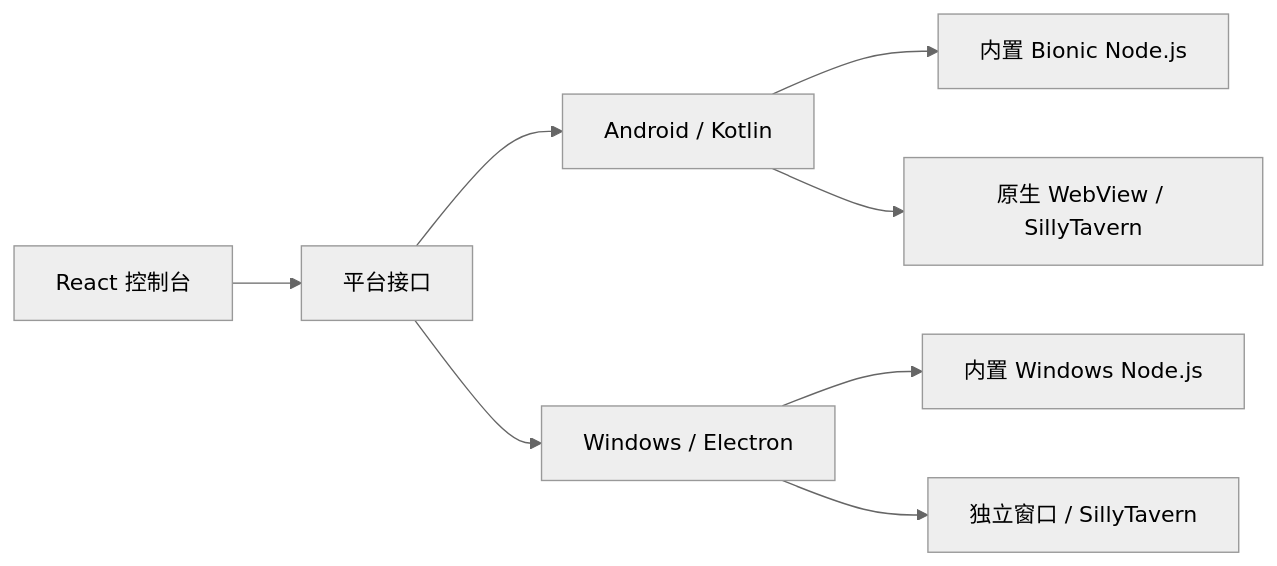
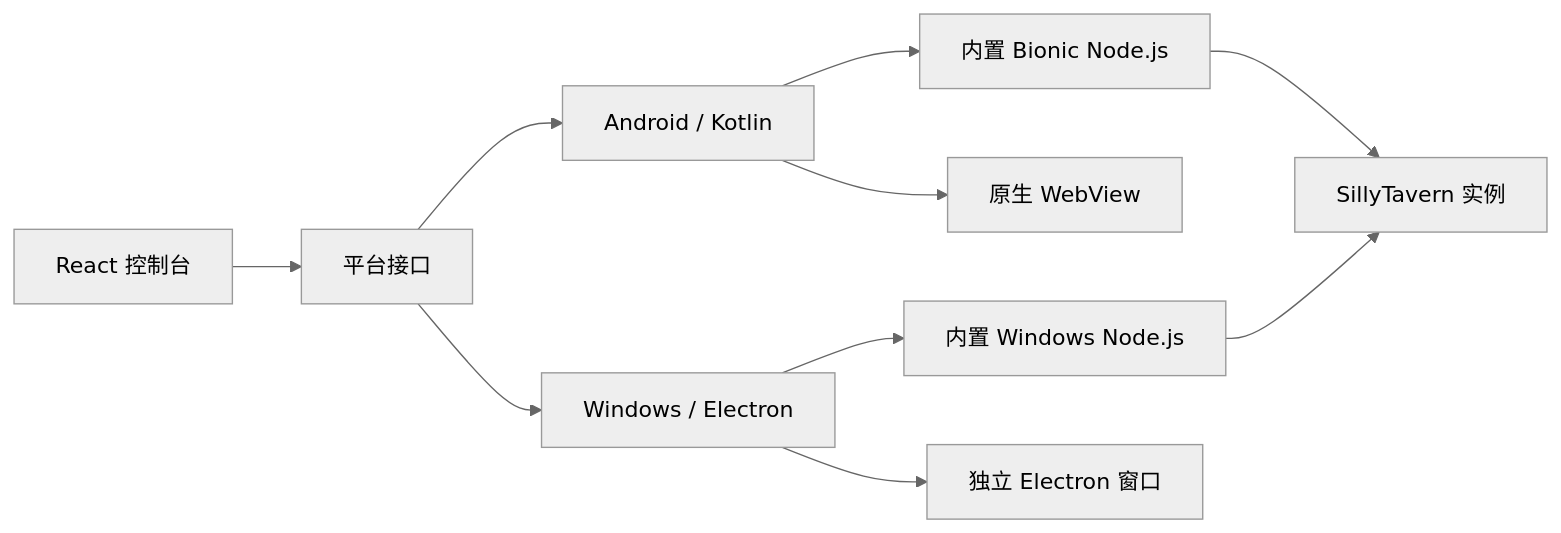
Before and after one commit to CAPTCHAAAAA/SillyClient: the diagram in README.md, drawn with Mermaid (neutral theme). The commit also changed other lines of this file and 3 other files, not shown here.

````diff
--- a/README.md
+++ b/README.md
@@ -39,10 +47,12 @@
 ```mermaid
 flowchart LR
-    UI["React 控制台"] --> API["平台接口"]
-    API --> Android["Android / Kotlin"]
-    API --> Windows["Windows / Electron"]
+    UI["React 控制台"] --> Contract["平台接口"]
+    Contract --> Android["Android / Kotlin"]
+    Contract --> Windows["Windows / Electron"]
     Android --> ARuntime["内置 Bionic Node.js"]
     Windows --> WRuntime["内置 Windows Node.js"]
-    Android --> AView["原生 WebView / SillyTavern"]
-    Windows --> WView["独立窗口 / SillyTavern"]
+    ARuntime --> Server["SillyTavern 实例"]
+    WRuntime --> Server
+    Android --> AView["原生 WebView"]
+    Windows --> WView["独立 Electron 窗口"]
 ```
````
